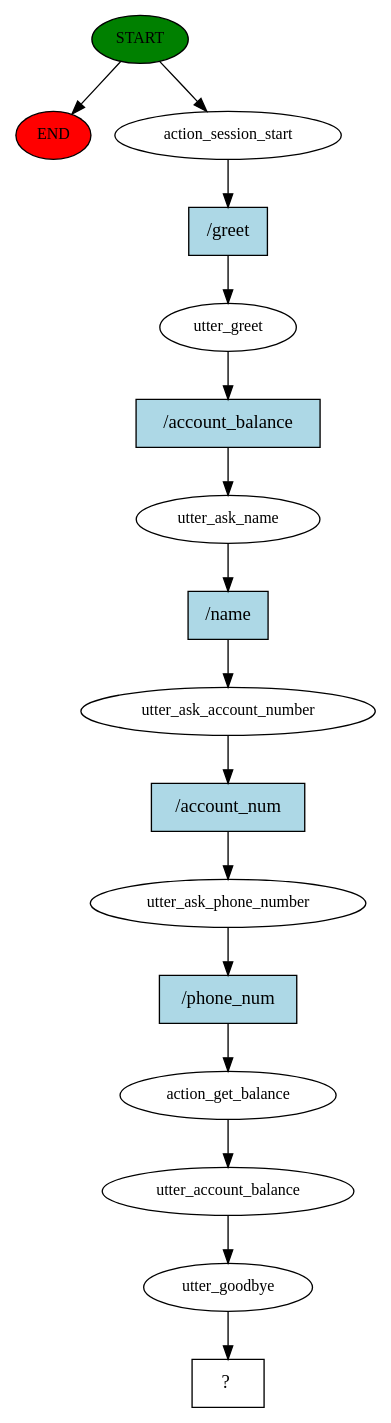
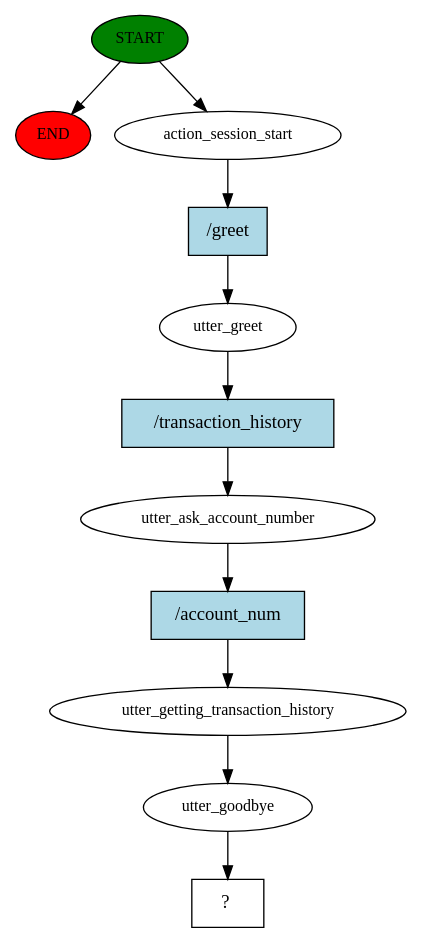
The diagram in story_graph.dot (zecenbajra55/simple-chatbot), drawn with Graphviz before and after one commit. The commit also changed 142 other files, not shown here.

```diff
--- a/story_graph.dot
+++ b/story_graph.dot
@@ -1,33 +1,23 @@
 digraph  {
 0 [class="start active", fillcolor=green, fontsize=12, label=START, style=filled];
 "-1" [class=end, fillcolor=red, fontsize=12, label=END, style=filled];
 1 [class=active, fontsize=12, label=action_session_start];
 2 [class=active, fontsize=12, label=utter_greet];
-3 [class=active, fontsize=12, label=utter_ask_name];
-4 [class=active, fontsize=12, label=utter_ask_account_number];
-5 [class=active, fontsize=12, label=utter_ask_phone_number];
-6 [class=active, fontsize=12, label=action_get_balance];
-7 [class=active, fontsize=12, label=utter_account_balance];
-8 [class=active, fontsize=12, label=utter_goodbye];
-9 [class="intent dashed active", label="  ?  ", shape=rect];
-10 [class="intent active", fillcolor=lightblue, label="/greet", shape=rect, style=filled];
-11 [class="intent active", fillcolor=lightblue, label="/account_balance", shape=rect, style=filled];
-12 [class="intent active", fillcolor=lightblue, label="/name", shape=rect, style=filled];
-13 [class="intent active", fillcolor=lightblue, label="/account_num", shape=rect, style=filled];
-14 [class="intent active", fillcolor=lightblue, label="/phone_num", shape=rect, style=filled];
+3 [class=active, fontsize=12, label=utter_ask_account_number];
+4 [class=active, fontsize=12, label=utter_getting_transaction_history];
+5 [class=active, fontsize=12, label=utter_goodbye];
+6 [class="intent dashed active", label="  ?  ", shape=rect];
+7 [class="intent active", fillcolor=lightblue, label="/greet", shape=rect, style=filled];
+8 [class="intent active", fillcolor=lightblue, label="/transaction_history", shape=rect, style=filled];
+9 [class="intent active", fillcolor=lightblue, label="/account_num", shape=rect, style=filled];
 0 -> "-1"  [class="", key=NONE, label=""];
 0 -> 1  [class=active, key=NONE, label=""];
-1 -> 10  [class=active, key=0];
-2 -> 11  [class=active, key=0];
-3 -> 12  [class=active, key=0];
-4 -> 13  [class=active, key=0];
-5 -> 14  [class=active, key=0];
-6 -> 7  [class=active, key=NONE, label=""];
-7 -> 8  [class=active, key=NONE, label=""];
-8 -> 9  [class=active, key=NONE, label=""];
-10 -> 2  [class=active, key=0];
-11 -> 3  [class=active, key=0];
-12 -> 4  [class=active, key=0];
-13 -> 5  [class=active, key=0];
-14 -> 6  [class=active, key=0];
+1 -> 7  [class=active, key=0];
+2 -> 8  [class=active, key=0];
+3 -> 9  [class=active, key=0];
+4 -> 5  [class=active, key=NONE, label=""];
+5 -> 6  [class=active, key=NONE, label=""];
+7 -> 2  [class=active, key=0];
+8 -> 3  [class=active, key=0];
+9 -> 4  [class=active, key=0];
 }
```
